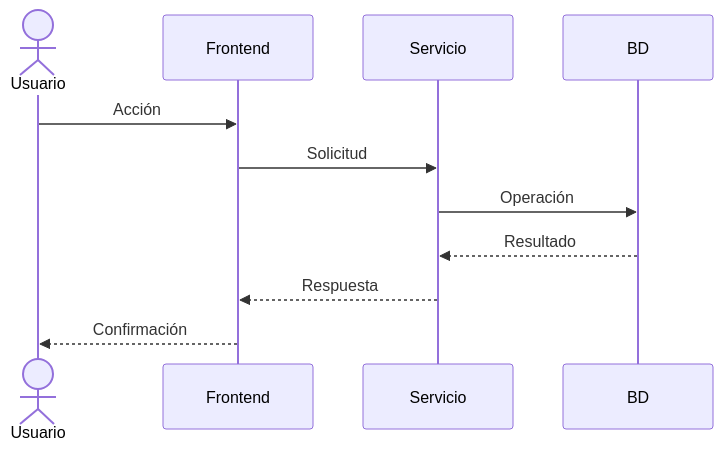
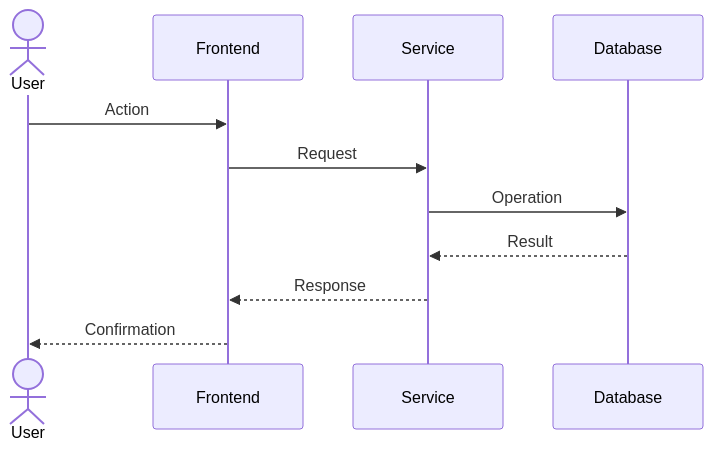
Before and after one commit to Daniel50726/Documentacion-Trabajo-de-Grado: the diagram in architecture/scenarios/view.md, drawn with Mermaid. The commit also changed other lines of this file and 20 other files, not shown here.

Commit message:
docs: enrich BDD feature specs, update architecture views, and add AGENTS guide

````diff
--- a/architecture/scenarios/view.md
+++ b/architecture/scenarios/view.md
@@ -27,13 +25,13 @@
 ```mermaid
 sequenceDiagram
-    actor U as Usuario
+    actor U as User
     participant F as Frontend
-    participant S as Servicio
-    participant D as BD
-    U->>F: Acción
-    F->>S: Solicitud
-    S->>D: Operación
-    D-->>S: Resultado
-    S-->>F: Respuesta
-    F-->>U: Confirmación
+    participant S as Service
+    participant D as Database
+    U->>F: Action
+    F->>S: Request
+    S->>D: Operation
+    D-->>S: Result
+    S-->>F: Response
+    F-->>U: Confirmation
 ```
````
